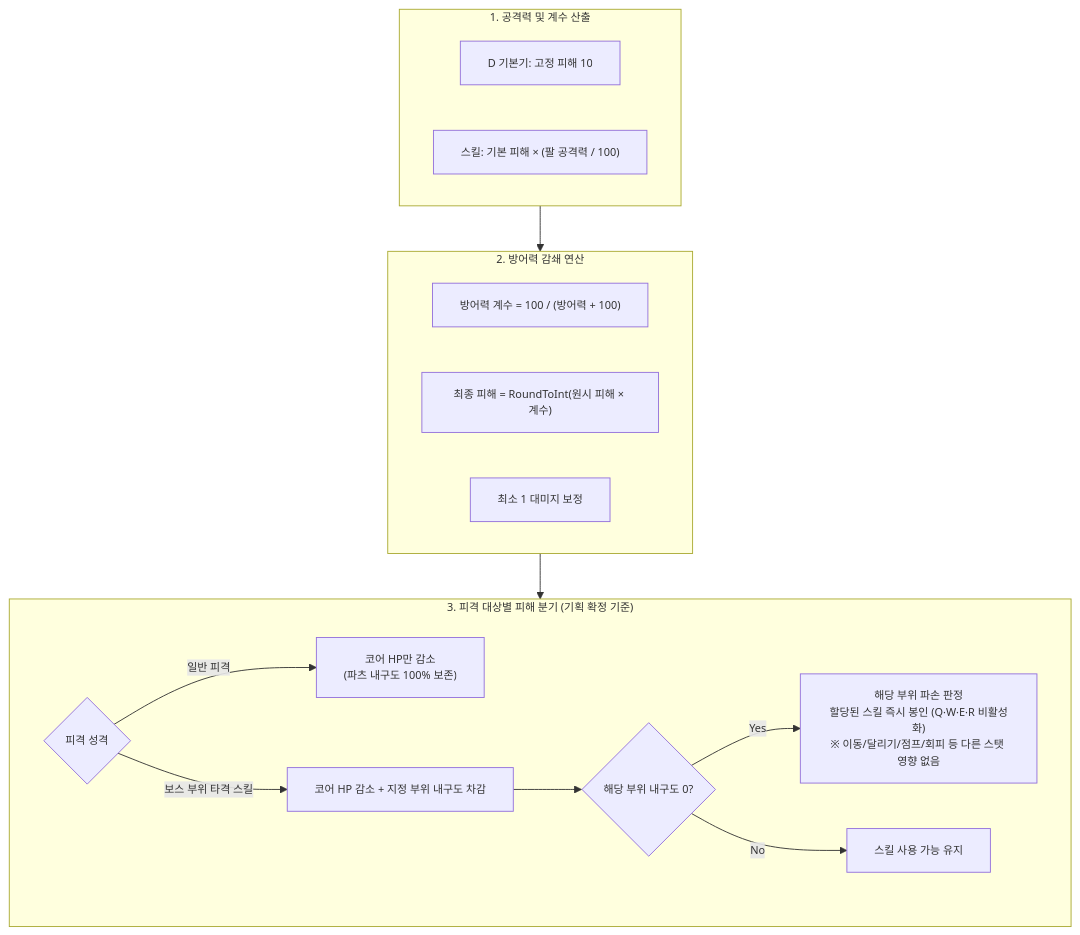
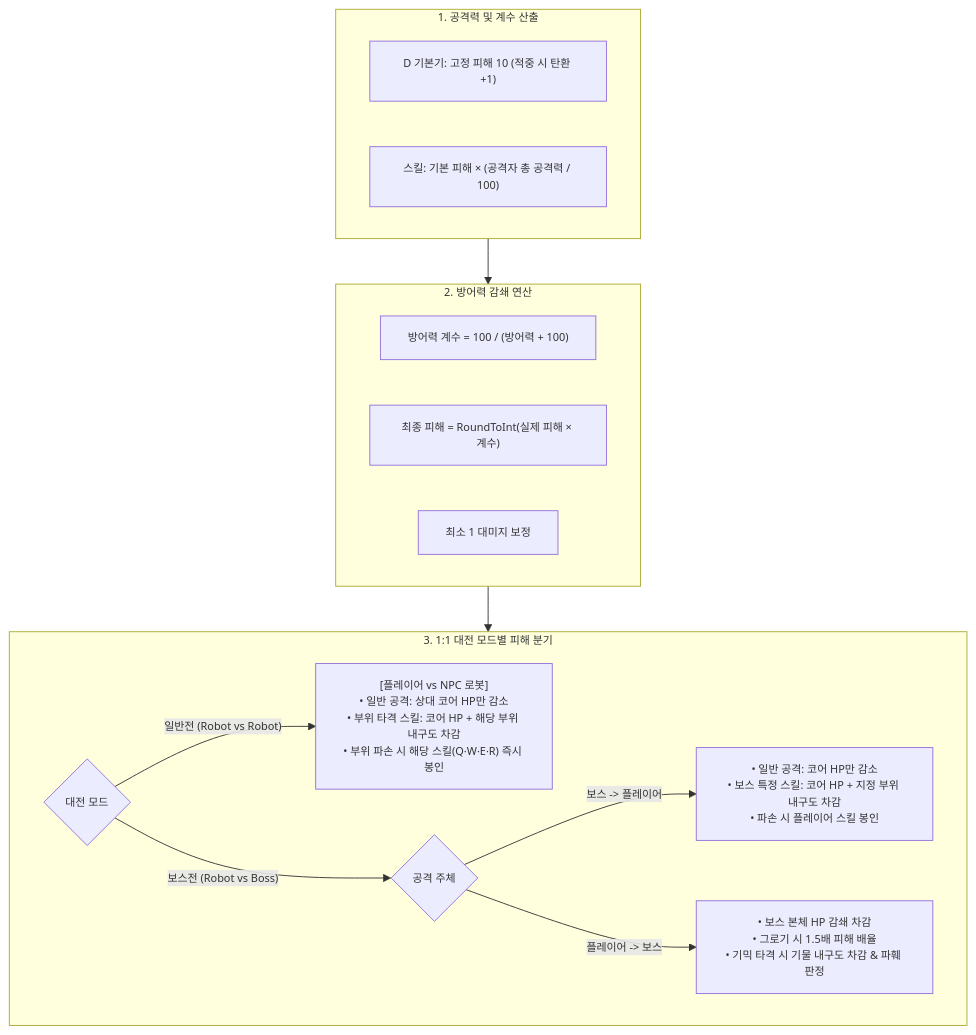
One commit to Kimdoeon52/2026_Com2us_Project changed the third of 5 diagrams in Assets/KKH/06.Document/BattleManager_Architecture.md. Above: the diagram before and after it, drawn with Mermaid. The commit also changed other lines of this file and 5 other files, not shown here.

````diff
--- a/Assets/KKH/06.Document/BattleManager_Architecture.md
+++ b/Assets/KKH/06.Document/BattleManager_Architecture.md
@@ -478,26 +538,27 @@
 ```mermaid
 %%{init: {'themeVariables': { 'fontSize': '12px' }}}%%
 flowchart TD
     subgraph Step1["1. 공격력 및 계수 산출"]
-        D_Atk["D 기본기: 고정 피해 10"]
-        Skill_Atk["스킬: 기본 피해 × (팔 공격력 / 100)"]
+        D_Atk["D 기본기: 고정 피해 10 (적중 시 탄환 +1)"]
+        Skill_Atk["스킬: 기본 피해 × (공격자 총 공격력 / 100)"]
     end
 
     subgraph Step2["2. 방어력 감쇄 연산"]
         Def["방어력 계수 = 100 / (방어력 + 100)"]
-        Dmg["최종 피해 = RoundToInt(원시 피해 × 계수)"]
+        Dmg["최종 피해 = RoundToInt(실제 피해 × 계수)"]
         MinDmg["최소 1 대미지 보정"]
     end
 
-    subgraph Step3["3. 피격 대상별 피해 분기 (기획 확정 기준)"]
-        TypeCheck{"피격 성격"}
-        TypeCheck -->|"일반 피격"| OnlyCore["코어 HP만 감소<br/>(파츠 내구도 100% 보존)"]
-        TypeCheck -->|"보스 부위 타격 스킬"| PartDmg["코어 HP 감소 + 지정 부위 내구도 차감"]
-        PartDmg --> BreakCheck{"해당 부위 내구도 0?"}
-        BreakCheck -->|"Yes"| Seal["해당 부위 파손 판정<br/>할당된 스킬 즉시 봉인 (Q·W·E·R 비활성화)<br/>※ 이동/달리기/점프/회피 등 다른 스탯 영향 없음"]
-        BreakCheck -->|"No"| Alive["스킬 사용 가능 유지"]
+    subgraph Step3["3. 1:1 대전 모드별 피해 분기"]
+        ModeCheck{"대전 모드"}
+        
+        ModeCheck -->|"일반전 (Robot vs Robot)"| RobotVsRobot["[플레이어 vs NPC 로봇]<br/>• 일반 공격: 상대 코어 HP만 감소<br/>• 부위 타격 스킬: 코어 HP + 해당 부위 내구도 차감<br/>• 부위 파손 시 해당 스킬(Q·W·E·R) 즉시 봉인"]
+        
+        ModeCheck -->|"보스전 (Robot vs Boss)"| BossFight{"공격 주체"}
+        BossFight -->|"보스 -> 플레이어"| BossToPlayer["• 일반 공격: 코어 HP만 감소<br/>• 보스 특정 스킬: 코어 HP + 지정 부위 내구도 차감<br/>• 파손 시 플레이어 스킬 봉인"]
+        BossFight -->|"플레이어 -> 보스"| PlayerToBoss["• 보스 본체 HP 감쇄 차감<br/>• 그로기 시 1.5배 피해 배율<br/>• 기믹 타격 시 기물 내구도 차감 & 파훼 판정"]
     end
 
     Step1 --> Step2
     Step2 --> Step3
 ```
````
